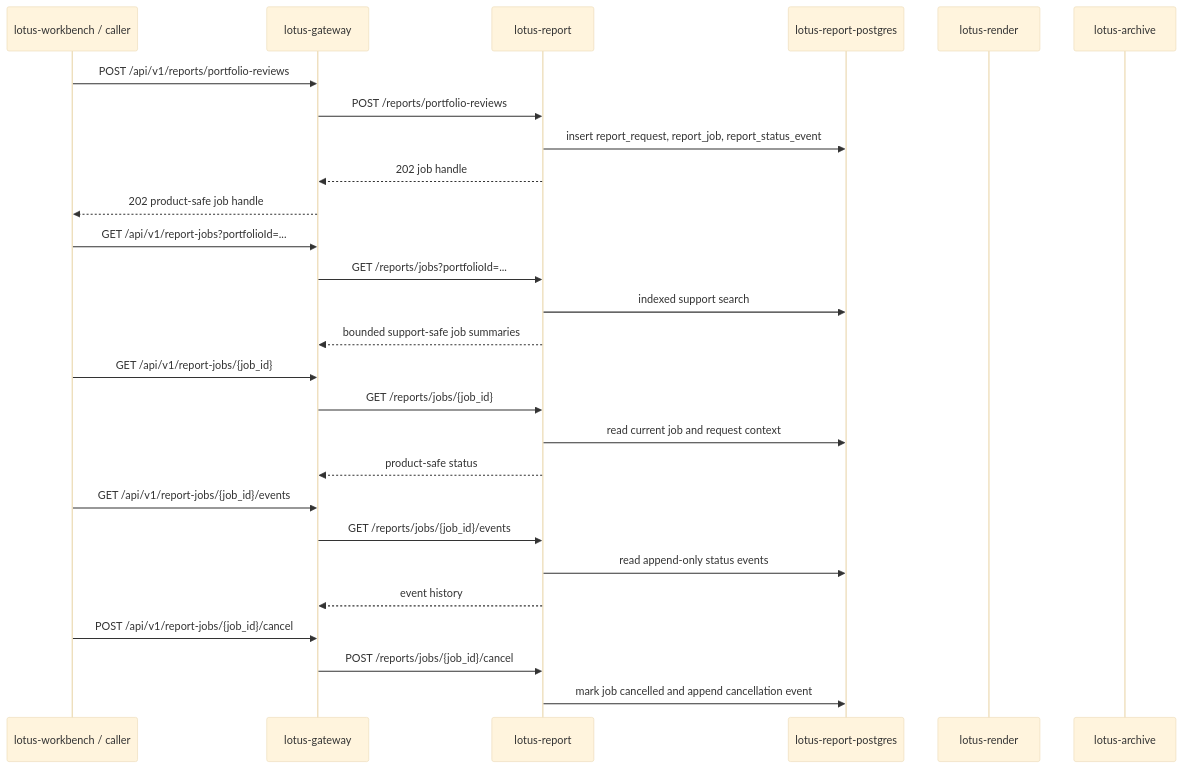
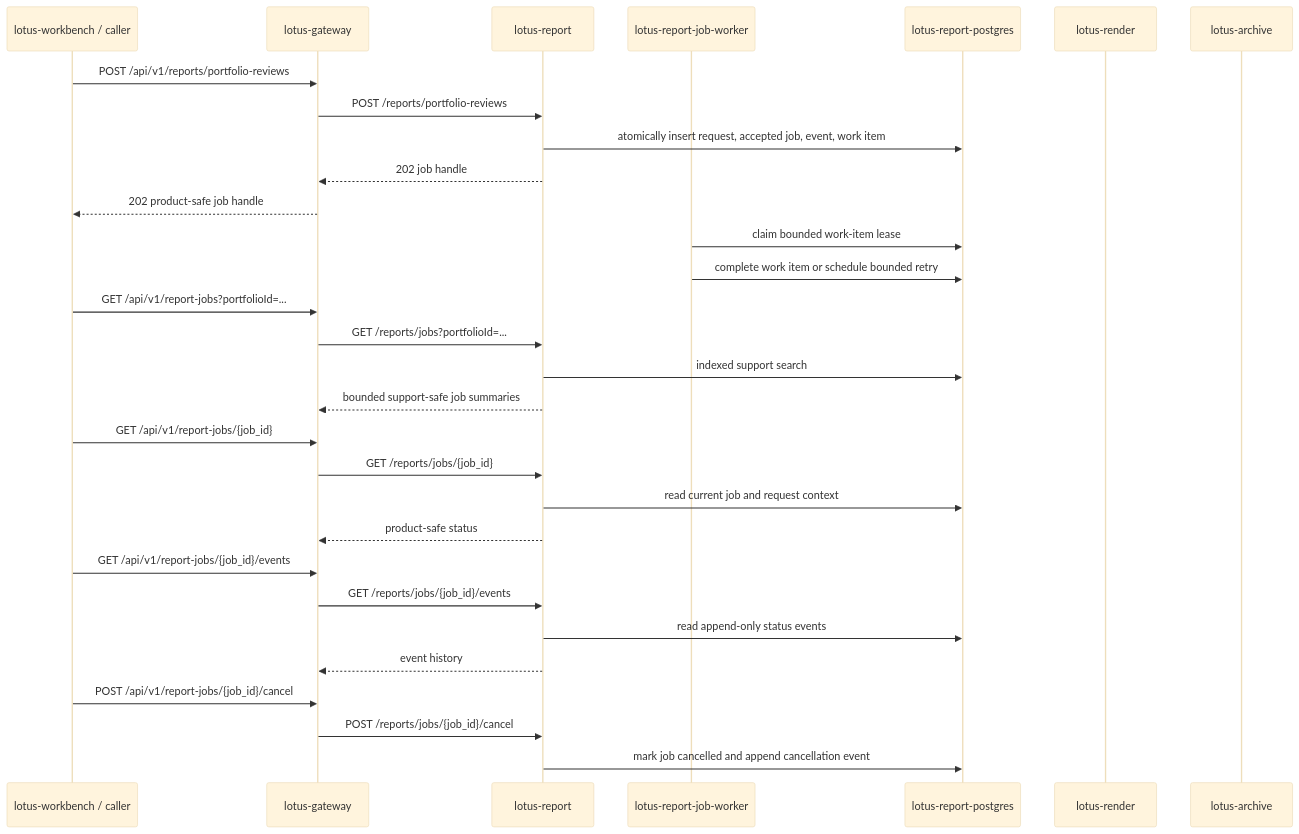
One commit to sgajbi/lotus-report changed the first of 2 diagrams in wiki/Operations-Runbook.md. Above: the diagram before and after it, drawn with Mermaid (base theme). The commit also changed other lines of this file and 1 other file, not shown here.

Commit message:
docs(operations): document report job worker lifecycle (#157)

````diff
--- a/wiki/Operations-Runbook.md
+++ b/wiki/Operations-Runbook.md
@@ -203,30 +237,33 @@
 ```mermaid
 sequenceDiagram
     participant WB as lotus-workbench / caller
     participant GW as lotus-gateway
     participant REPORT as lotus-report
+    participant WORKER as lotus-report-job-worker
     participant PG as lotus-report-postgres
     participant RENDER as lotus-render
     participant ARCHIVE as lotus-archive
 
     WB->>GW: POST /api/v1/reports/portfolio-reviews
     GW->>REPORT: POST /reports/portfolio-reviews
-    REPORT->>PG: insert report_request, report_job, report_status_event
+    REPORT->>PG: atomically insert request, accepted job, event, work item
     REPORT-->>GW: 202 job handle
     GW-->>WB: 202 product-safe job handle
+    WORKER->>PG: claim bounded work-item lease
+    WORKER->>PG: complete work item or schedule bounded retry
     WB->>GW: GET /api/v1/report-jobs?portfolioId=...
     GW->>REPORT: GET /reports/jobs?portfolioId=...
     REPORT->>PG: indexed support search
     REPORT-->>GW: bounded support-safe job summaries
     WB->>GW: GET /api/v1/report-jobs/{job_id}
     GW->>REPORT: GET /reports/jobs/{job_id}
     REPORT->>PG: read current job and request context
     REPORT-->>GW: product-safe status
     WB->>GW: GET /api/v1/report-jobs/{job_id}/events
     GW->>REPORT: GET /reports/jobs/{job_id}/events
     REPORT->>PG: read append-only status events
     REPORT-->>GW: event history
     WB->>GW: POST /api/v1/report-jobs/{job_id}/cancel
     GW->>REPORT: POST /reports/jobs/{job_id}/cancel
     REPORT->>PG: mark job cancelled and append cancellation event
 ```
````
